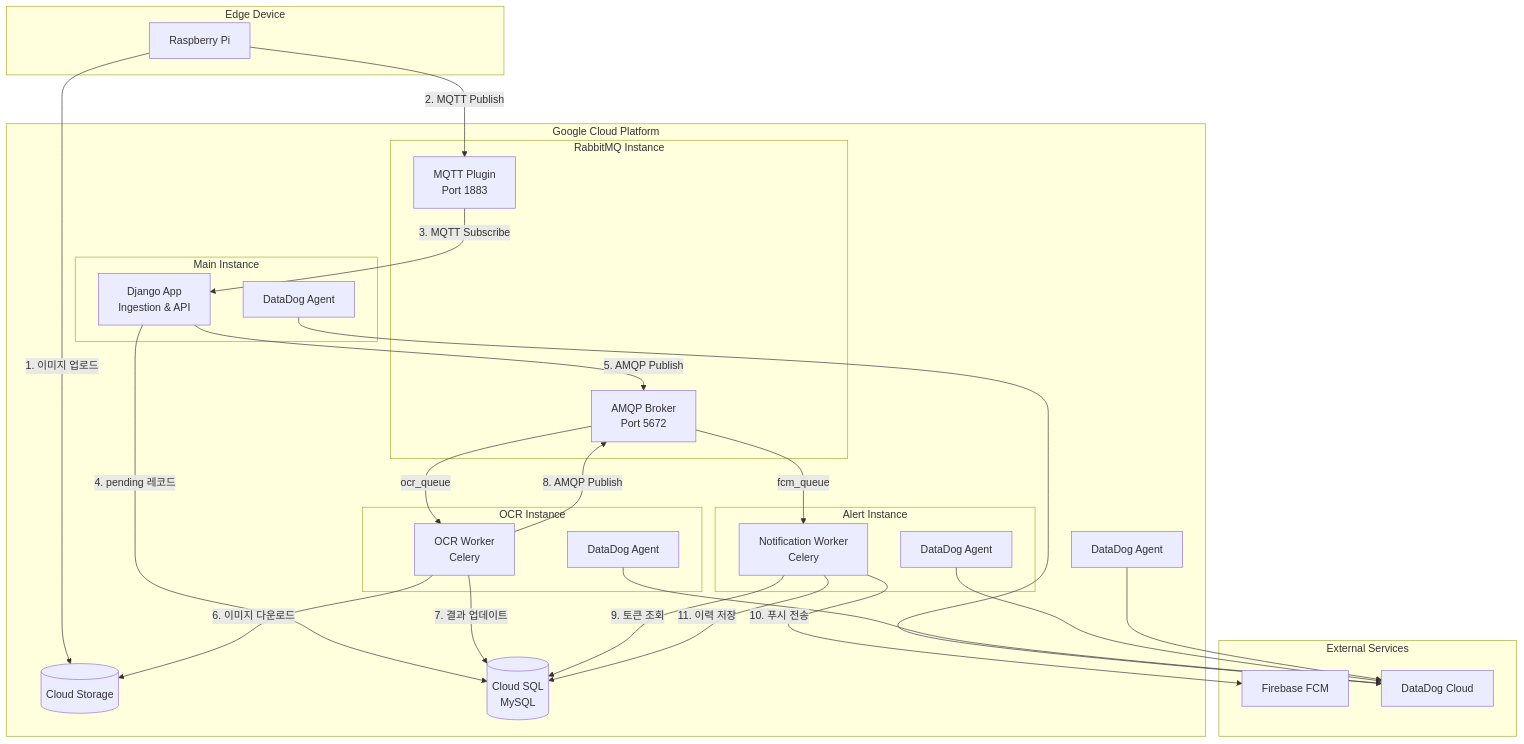
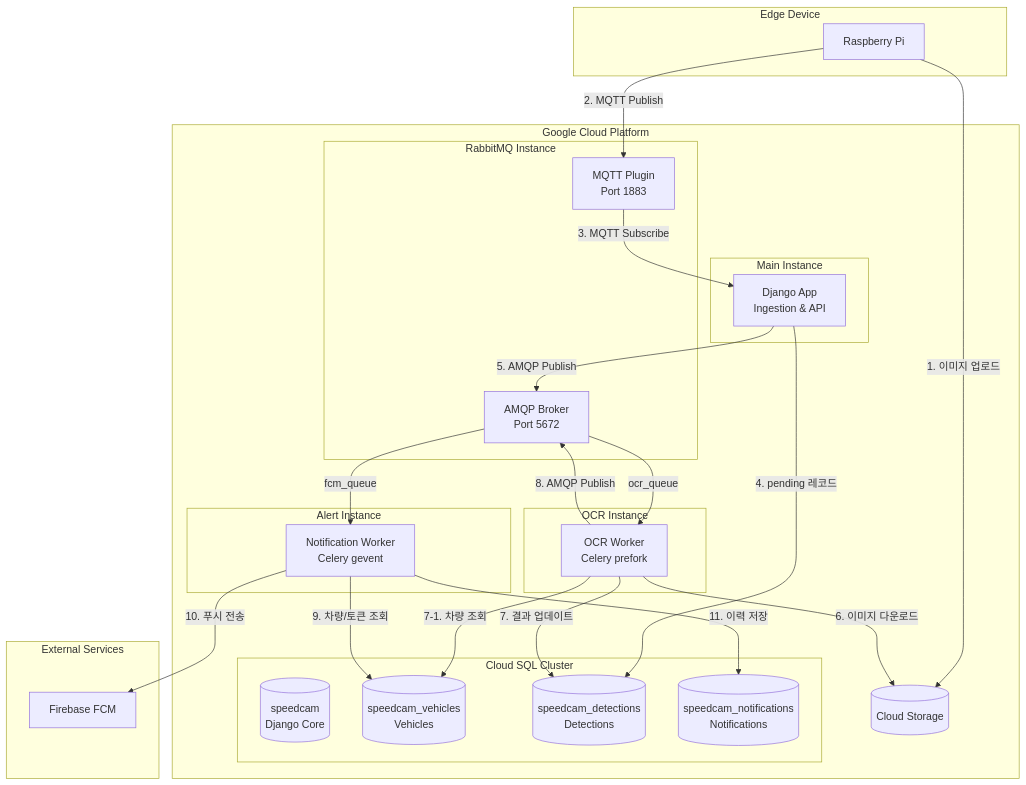
One commit to Qualcom-Capstone/backend changed the first of 4 diagrams in docs/PRD.md. Above: the diagram before and after it, drawn with Mermaid. The commit also changed other lines of this file, not shown here.

First line of the commit message:
Update PRD for MSA database separation architecture

````diff
--- a/docs/PRD.md
+++ b/docs/PRD.md
@@ -58,57 +61,53 @@
 ```mermaid
 graph TB
     subgraph Edge["Edge Device"]
         Pi[Raspberry Pi]
     end
     
     subgraph GCP["Google Cloud Platform"]
         GCS[(Cloud Storage)]
         
         subgraph RMQ["RabbitMQ Instance"]
             MQTT[MQTT Plugin<br/>Port 1883]
             AMQP[AMQP Broker<br/>Port 5672]
         end
         
         subgraph Main["Main Instance"]
             Django[Django App<br/>Ingestion & API]
-            DD1[DataDog Agent]
         end
         
         subgraph OCRInst["OCR Instance"]
-            OCR[OCR Worker<br/>Celery]
-            DD2[DataDog Agent]
+            OCR[OCR Worker<br/>Celery prefork]
         end
         
         subgraph AlertInst["Alert Instance"]
-            FCM[Notification Worker<br/>Celery]
-            DD3[DataDog Agent]
+            FCM[Notification Worker<br/>Celery gevent]
         end
         
-        MySQL[(Cloud SQL<br/>MySQL)]
-        DD4[DataDog Agent]
+        subgraph DBCluster["Cloud SQL Cluster"]
+            MySQL_Default[(speedcam<br/>Django Core)]
+            MySQL_Vehicles[(speedcam_vehicles<br/>Vehicles)]
+            MySQL_Detections[(speedcam_detections<br/>Detections)]
+            MySQL_Notifications[(speedcam_notifications<br/>Notifications)]
+        end
     end
     
     subgraph External["External Services"]
         Firebase[Firebase FCM]
-        DataDog[DataDog Cloud]
     end
     
     Pi -->|1. 이미지 업로드| GCS
     Pi -->|2. MQTT Publish| MQTT
     MQTT -->|3. MQTT Subscribe| Django
-    Django -->|4. pending 레코드| MySQL
+    Django -->|4. pending 레코드| MySQL_Detections
     Django -->|5. AMQP Publish| AMQP
     AMQP -->|ocr_queue| OCR
     OCR -->|6. 이미지 다운로드| GCS
-    OCR -->|7. 결과 업데이트| MySQL
+    OCR -->|7. 결과 업데이트| MySQL_Detections
+    OCR -->|7-1. 차량 조회| MySQL_Vehicles
     OCR -->|8. AMQP Publish| AMQP
     AMQP -->|fcm_queue| FCM
-    FCM -->|9. 토큰 조회| MySQL
+    FCM -->|9. 차량/토큰 조회| MySQL_Vehicles
     FCM -->|10. 푸시 전송| Firebase
-    FCM -->|11. 이력 저장| MySQL
-    
-    DD1 --> DataDog
-    DD2 --> DataDog
-    DD3 --> DataDog
-    DD4 --> DataDog
+    FCM -->|11. 이력 저장| MySQL_Notifications
 ```
````
